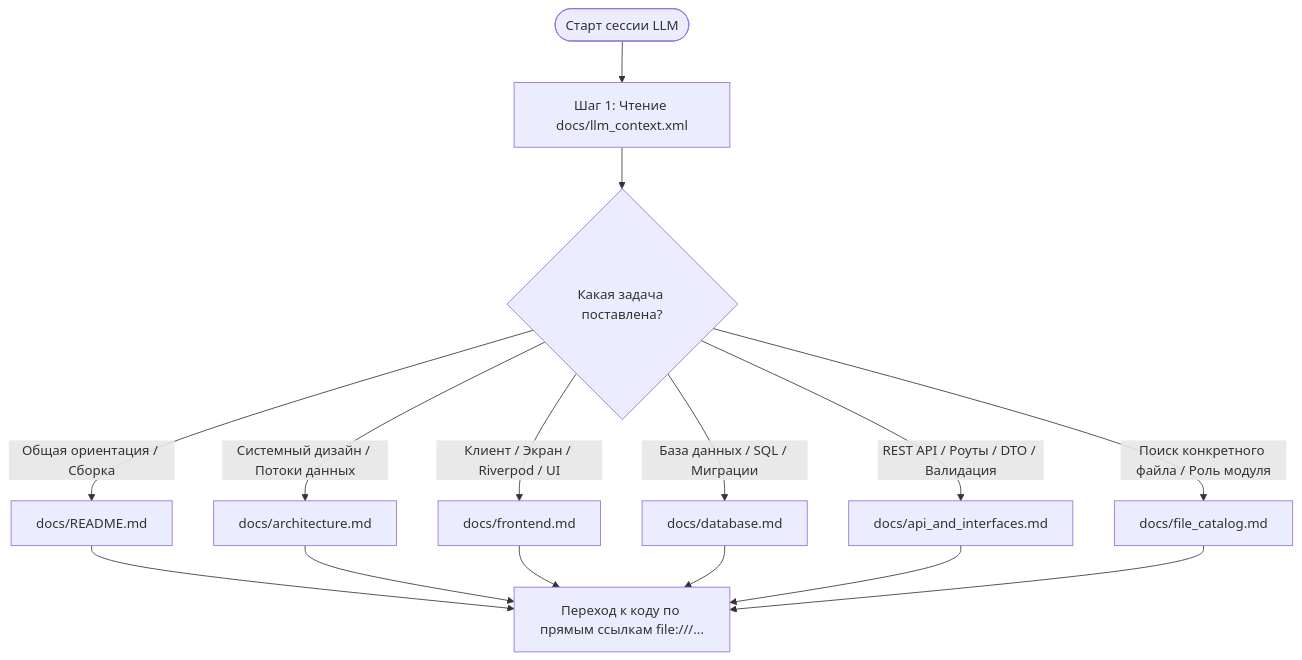
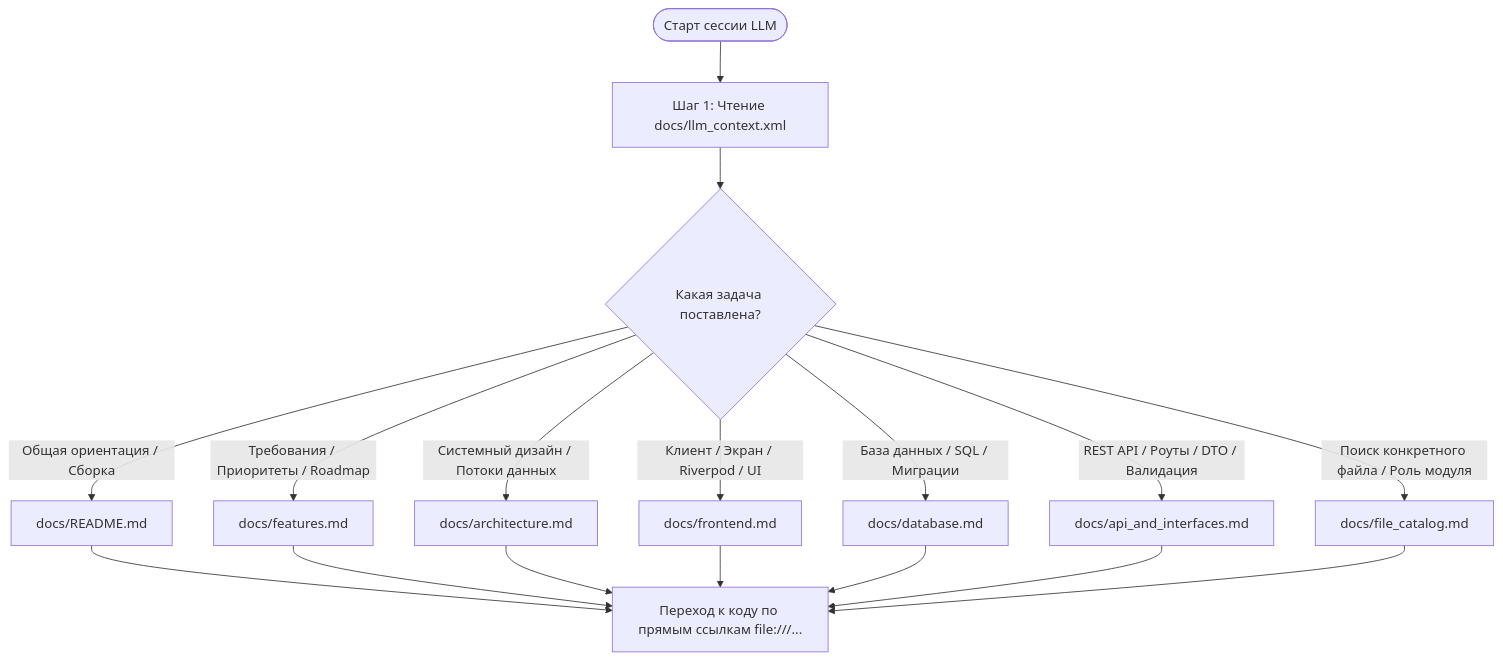
Before and after one commit to sashamosk17/PrimakovApp: the diagram in docs/README.md, drawn with Mermaid. The commit also changed other lines of this file and 57 other files, not shown here.

Commit message:
feat(v0.4.0): implement offline caching, push notifications worker, admin schedule management, and update UI/UX roadmap

````diff
--- a/docs/README.md
+++ b/docs/README.md
@@ -202,19 +221,21 @@
 ```mermaid
 graph TD
     Start([Старт сессии LLM]) --> Step1[Шаг 1: Чтение docs/llm_context.xml]
     Step1 --> Decision{Какая задача поставлена?}
     
     Decision -->|Общая ориентация / Сборка| Step2A[docs/README.md]
-    Decision -->|Системный дизайн / Потоки данных| Step2B[docs/architecture.md]
-    Decision -->|Клиент / Экран / Riverpod / UI| Step2C[docs/frontend.md]
-    Decision -->|База данных / SQL / Миграции| Step2D[docs/database.md]
-    Decision -->|REST API / Роуты / DTO / Валидация| Step2E[docs/api_and_interfaces.md]
-    Decision -->|Поиск конкретного файла / Роль модуля| Step2F[docs/file_catalog.md]
+    Decision -->|Требования / Приоритеты / Roadmap| Step2B[docs/features.md]
+    Decision -->|Системный дизайн / Потоки данных| Step2C[docs/architecture.md]
+    Decision -->|Клиент / Экран / Riverpod / UI| Step2D[docs/frontend.md]
+    Decision -->|База данных / SQL / Миграции| Step2E[docs/database.md]
+    Decision -->|REST API / Роуты / DTO / Валидация| Step2F[docs/api_and_interfaces.md]
+    Decision -->|Поиск конкретного файла / Роль модуля| Step2G[docs/file_catalog.md]
     
     Step2A --> CodeNav[Переход к коду по прямым ссылкам file:///...]
     Step2B --> CodeNav
     Step2C --> CodeNav
     Step2D --> CodeNav
     Step2E --> CodeNav
     Step2F --> CodeNav
+    Step2G --> CodeNav
 ```
````
